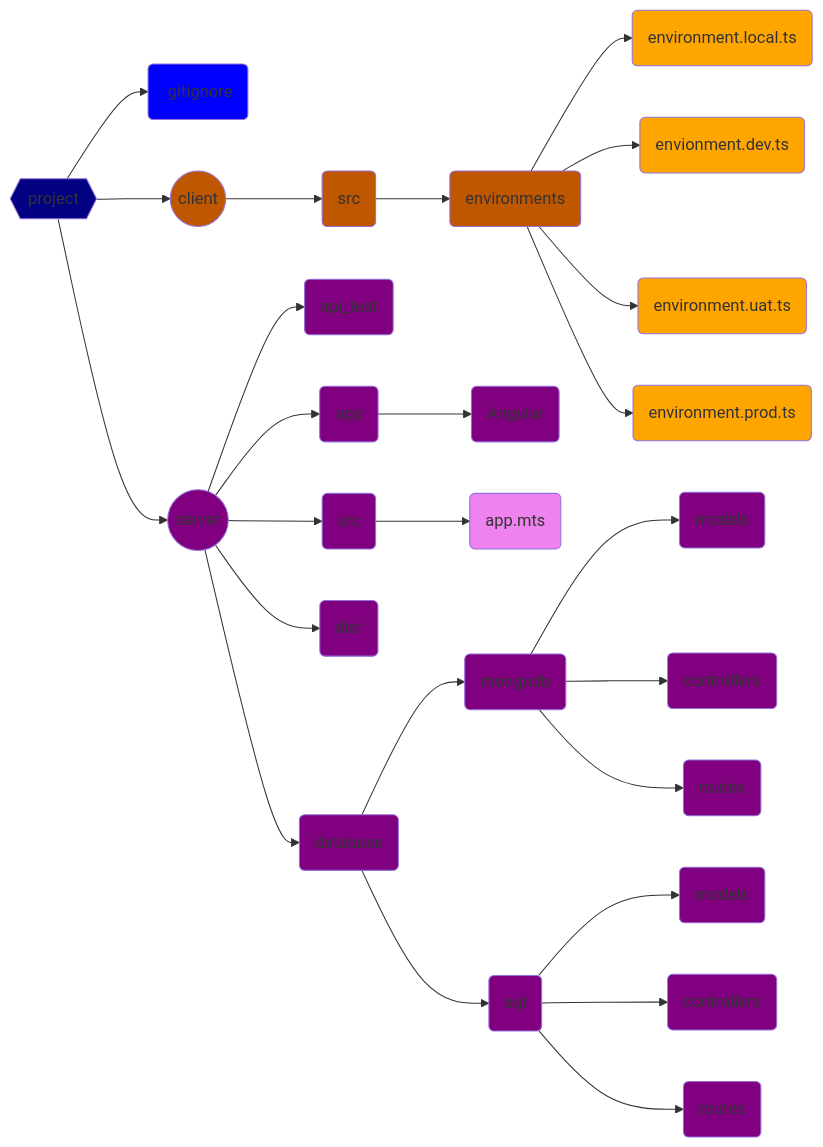
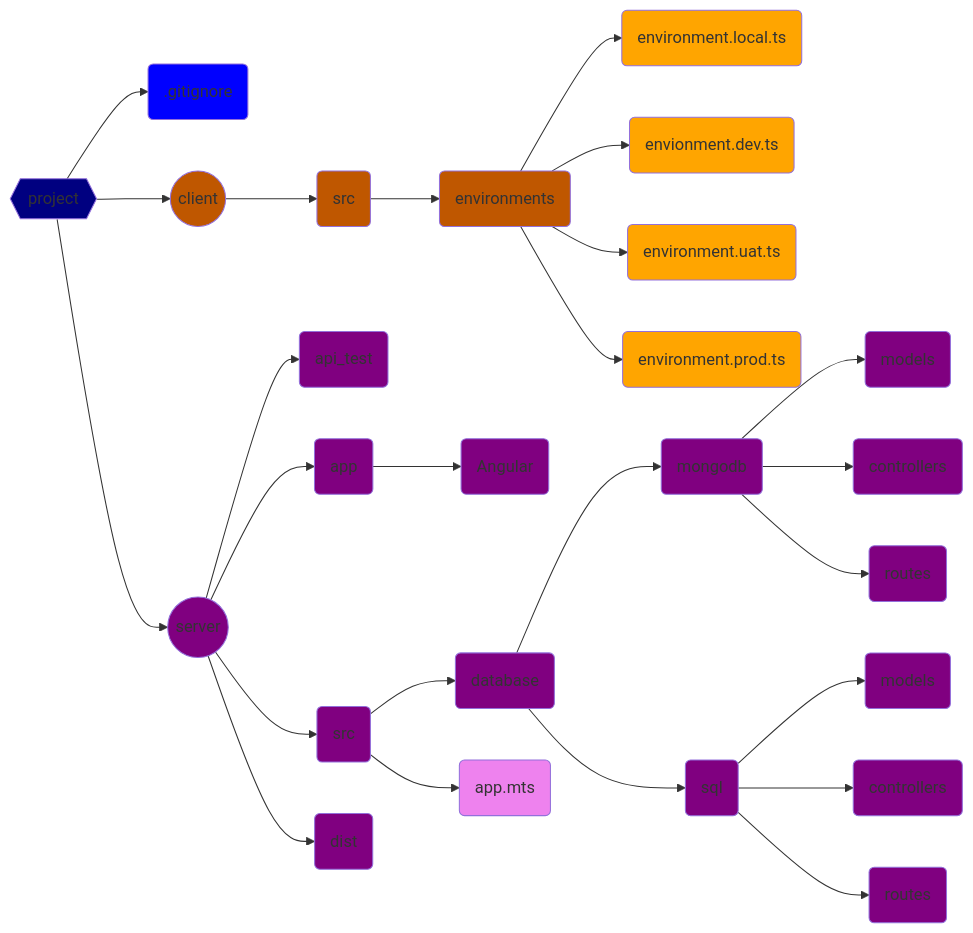
Before and after one commit to turingcs2005/angular-nodejs-demo: the diagram in readme.md, drawn with Mermaid. The commit also changed other lines of this file and 1 other file, not shown here.

````diff
--- a/readme.md
+++ b/readme.md
@@ -5,58 +5,58 @@
 ```mermaid
 	flowchart LR
 	project --> gitignore(.gitignore)
 	project{{project}} --> client((client))
 	project --> server((server))
 	
 	client --> src_client(src)
 	src_client --> environments(environments)
 	environments --> local(environment.local.ts)
 	environments --> dev(envionment.dev.ts)
 	environments --> uat(environment.uat.ts)
 	environments --> prod(environment.prod.ts)
 
 	server --> apiTest(api_test)
 	server --> app(app)
 	server --> src_server(src)
 	server --> dist(dist)
-	server --> database(database)
+	src_server --> database(database)
 	app --> angular(Angular)
 	src_server --> app_mts(app.mts)
 	database --> mongodb(mongodb)
 	database --> sql(sql)
 	mongodb --> models_mongodb(models)
 	mongodb --> controllers_mongodb(controllers)
 	mongodb --> routes_mongodb(routes)
 	sql --> models_sql(models)
 	sql --> controllers_sql(controllers)
 	sql --> routes_sql(routes)
 
 	style project fill: navy
 	style client fill: #BF5700
 	style server fill: purple
 	
 	style gitignore fill: blue
 	style local fill: orange 
 	style dev fill: orange
 	style uat fill: orange
 	style prod fill: orange
 	style src_server fill: purple
 	
 	style src_client fill: #BF5700
 	style environments fill: #BF5700
 	
 	style apiTest fill: purple
 	style app fill: purple
 	style database fill: purple
 	style dist fill: purple
 	style angular fill: purple
 	style mongodb fill: purple
 	style sql fill: purple
 	style models_mongodb fill: purple
 	style controllers_mongodb fill: purple
 	style routes_mongodb fill: purple
 	style models_sql fill: purple
 	style controllers_sql fill: purple
 	style routes_sql fill: purple
 	style app_mts fill: violet
 ```
````
